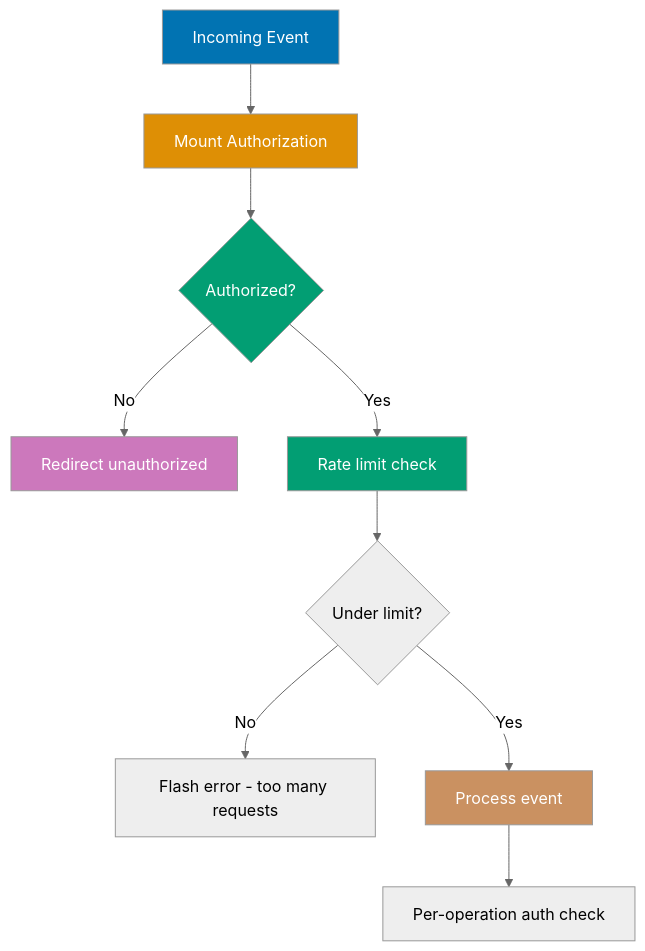
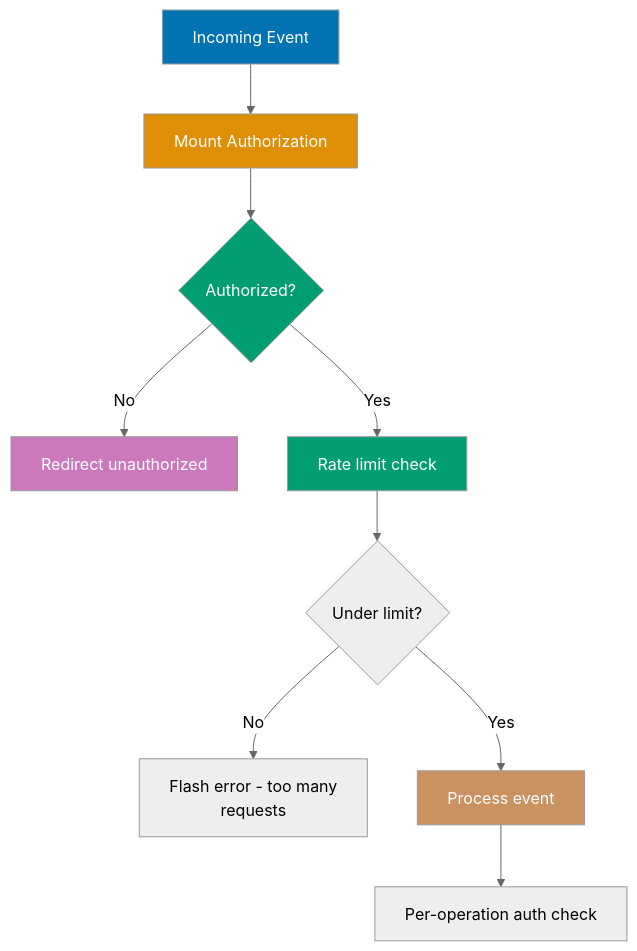
Before and after one commit to wahidyankf/baseerah: diagram 11 of 13 in apps/ayokoding-web/content/en/learn/software-engineering/platforms/web/tools/elixir-phoenix-liveview/by-example/advanced.md, drawn with Mermaid (neutral theme). The commit also changed 17 other files, not shown here.

First line of the commit message:
fix(ci): scope pre-push mermaid check to governance + docs dirs

````diff
--- a/apps/ayokoding-web/content/en/learn/software-engineering/platforms/web/tools/elixir-phoenix-liveview/by-example/advanced.md
+++ b/apps/ayokoding-web/content/en/learn/software-engineering/platforms/web/tools/elixir-phoenix-liveview/by-example/advanced.md
@@ -3003,19 +3003,19 @@
 ```mermaid
 %% Security defense in depth
 graph TD
     A[Incoming Event] --> B[Mount Authorization]
     B --> C{Authorized?}
     C -->|No| D[Redirect unauthorized]
     C -->|Yes| E[Rate limit check]
     E --> F{Under limit?}
-    F -->|No| G[Flash error - too many requests]
+    F -->|No| G[Flash error - too many<br/>requests]
     F -->|Yes| H[Process event]
     H --> I[Per-operation auth check]
 
     style A fill:#0173B2,color:#fff
     style B fill:#DE8F05,color:#fff
     style C fill:#029E73,color:#fff
     style D fill:#CC78BC,color:#fff
     style E fill:#029E73,color:#fff
     style H fill:#CA9161,color:#fff
 ```
````
